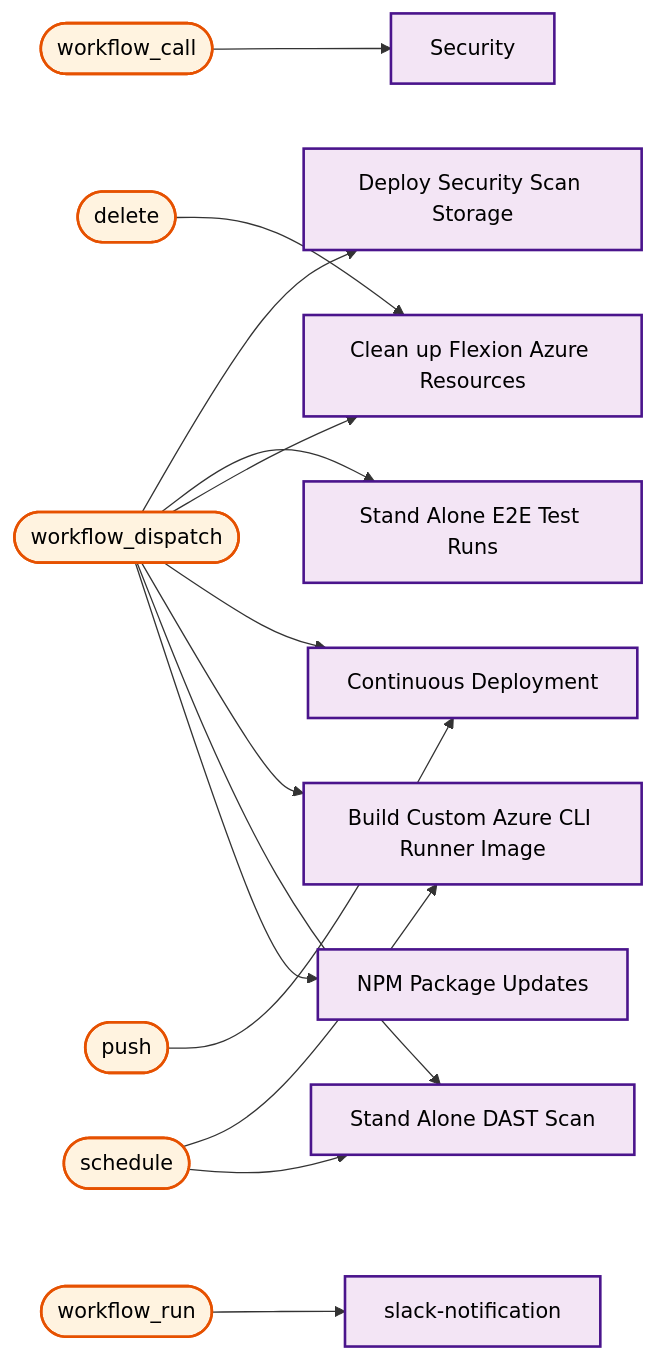
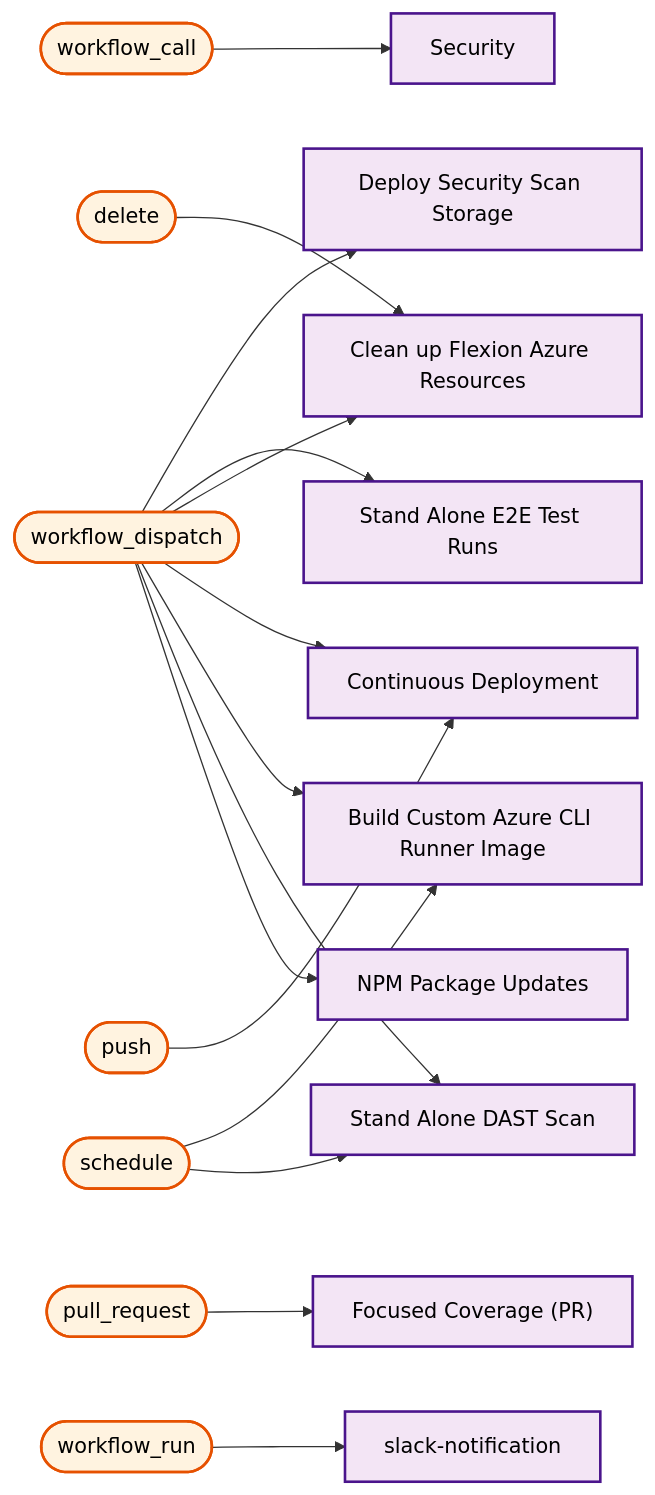
One commit to US-Trustee-Program/Bankruptcy-Oversight-Support-Systems changed diagram 22 of 22 in docs/operations/workflow-diagram.md. Above: the diagram before and after it, drawn with Mermaid. The commit also changed other lines of this file and 1 other file, not shown here.

First line of the commit message:
Create new action to check coverage for files changed

````diff
--- a/docs/operations/workflow-diagram.md
+++ b/docs/operations/workflow-diagram.md
@@ -1169,55 +1202,60 @@
 ```mermaid
 flowchart LR
     trigger_workflow_call(["workflow_call"])
     sub_security_scan_yml["Security"]
     trigger_workflow_dispatch(["workflow_dispatch"])
     deploy_security_scan_storage_yml["Deploy Security Scan Storage"]
     e2e_test_yml["Stand Alone E2E Test Runs"]
     azure_remove_branch_yml["Clean up Flexion Azure Resources"]
     continuous_deployment_yml["Continuous Deployment"]
     build_azure_cli_image_yml["Build Custom Azure CLI Runner Image"]
     dast_scan_yml["Stand Alone DAST Scan"]
     update_dependencies_yml["NPM Package Updates"]
     trigger_delete(["delete"])
     azure_remove_branch_yml["Clean up Flexion Azure Resources"]
+    trigger_pull_request(["pull_request"])
+    focused_coverage_yml["Focused Coverage (PR)"]
     trigger_push(["push"])
     continuous_deployment_yml["Continuous Deployment"]
     trigger_schedule(["schedule"])
     build_azure_cli_image_yml["Build Custom Azure CLI Runner Image"]
     dast_scan_yml["Stand Alone DAST Scan"]
     trigger_workflow_run(["workflow_run"])
     slack_notification_yml["slack-notification"]
 
     trigger_workflow_call --> sub_security_scan_yml
     trigger_workflow_dispatch --> deploy_security_scan_storage_yml
     trigger_workflow_dispatch --> e2e_test_yml
     trigger_workflow_dispatch --> azure_remove_branch_yml
     trigger_workflow_dispatch --> continuous_deployment_yml
     trigger_workflow_dispatch --> build_azure_cli_image_yml
     trigger_workflow_dispatch --> dast_scan_yml
     trigger_workflow_dispatch --> update_dependencies_yml
     trigger_delete --> azure_remove_branch_yml
+    trigger_pull_request --> focused_coverage_yml
     trigger_push --> continuous_deployment_yml
     trigger_schedule --> build_azure_cli_image_yml
     trigger_schedule --> dast_scan_yml
     trigger_workflow_run --> slack_notification_yml
 
     classDef mainWorkflow fill:#f3e5f5,stroke:#4a148c,stroke-width:2px,color:#000000
     classDef trigger fill:#fff3e0,stroke:#e65100,stroke-width:2px,color:#000000
 
     class trigger_workflow_call trigger
     class trigger_workflow_dispatch trigger
     class trigger_delete trigger
+    class trigger_pull_request trigger
     class trigger_push trigger
     class trigger_schedule trigger
     class trigger_workflow_run trigger
     class sub_security_scan_yml mainWorkflow
     class deploy_security_scan_storage_yml mainWorkflow
     class e2e_test_yml mainWorkflow
     class azure_remove_branch_yml mainWorkflow
+    class focused_coverage_yml mainWorkflow
     class continuous_deployment_yml mainWorkflow
     class build_azure_cli_image_yml mainWorkflow
     class dast_scan_yml mainWorkflow
     class update_dependencies_yml mainWorkflow
     class slack_notification_yml mainWorkflow
 ```
````
